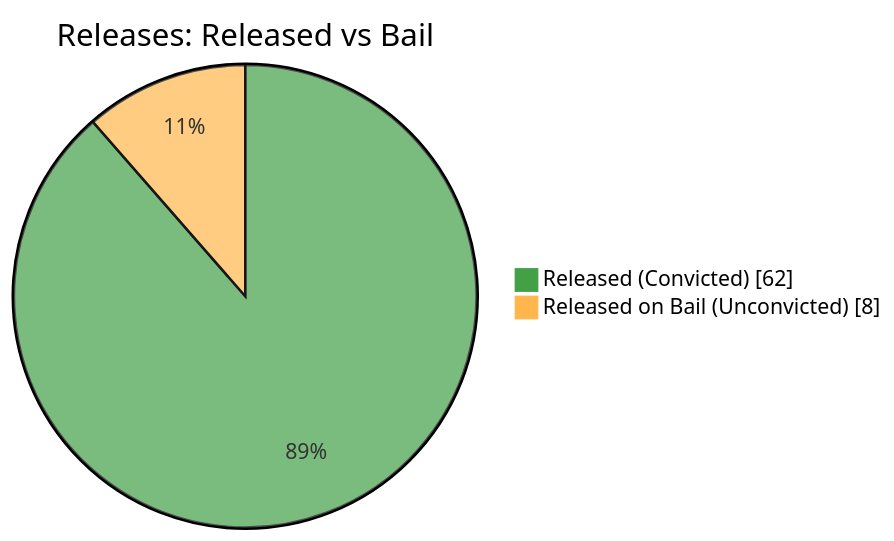
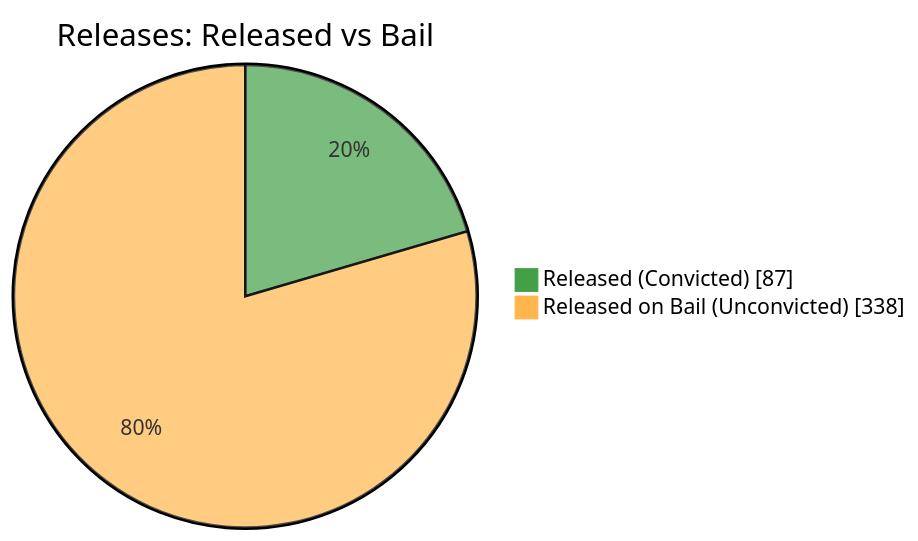
One commit to nuuuwan/lk_prisons changed the fifth of 7 diagrams in README.md. Above: the diagram before and after it, drawn with Mermaid. The commit also changed other lines of this file and 1 other file, not shown here.

````diff
--- a/README.md
+++ b/README.md
@@ -87,6 +87,6 @@
 ```mermaid
 %%{init: {'themeVariables': {'pie1': '#43A047', 'pie2': '#FFB74D'}}}%%
 pie showData title Releases: Released vs Bail
-    "Released (Convicted)" : 62
-    "Released on Bail (Unconvicted)" : 8
+    "Released (Convicted)" : 87
+    "Released on Bail (Unconvicted)" : 338
 ```
````
